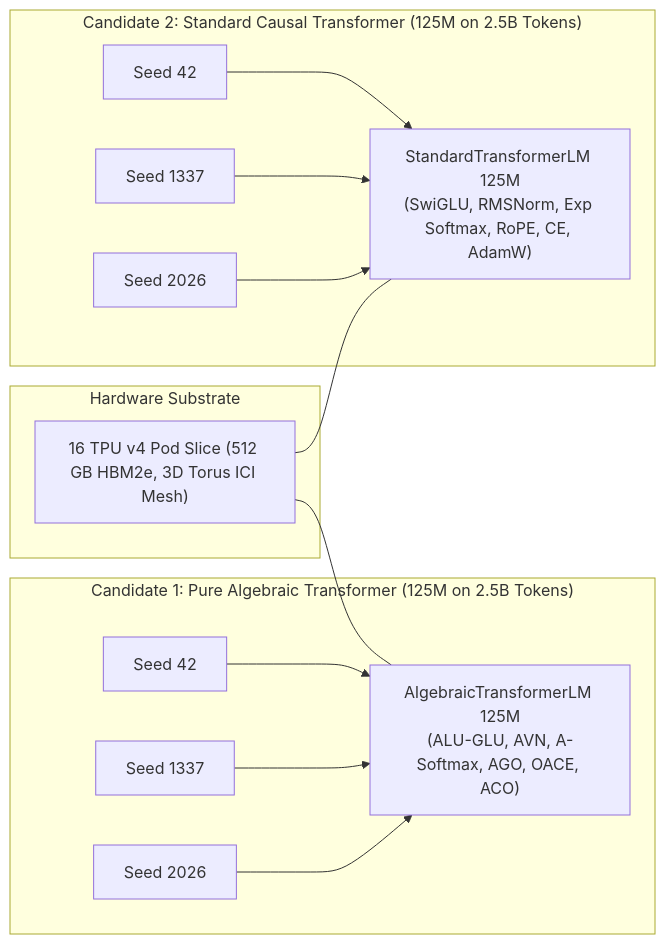
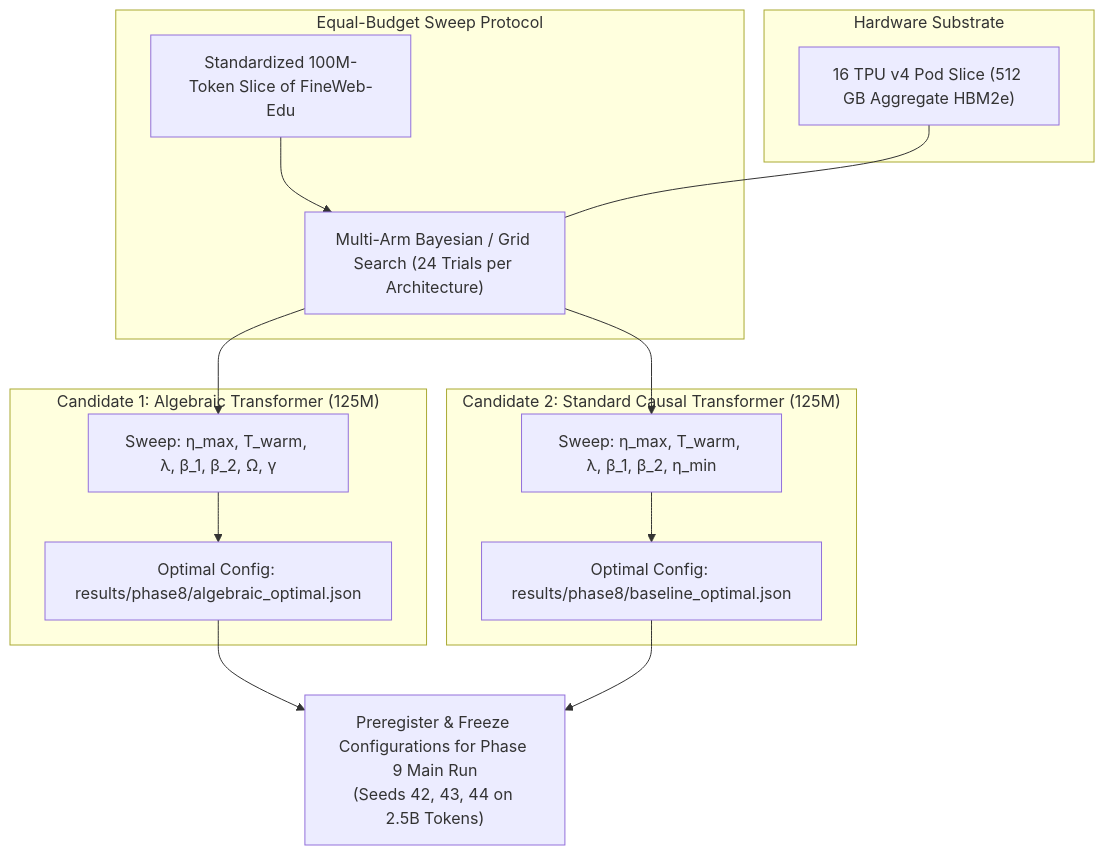
One commit to tasmaikeni13/algebraic-intelligence changed the diagram in phases/phase8.md. Above: the diagram before and after it, drawn with Mermaid. The commit also changed other lines of this file and 5 other files, not shown here.

Commit message:
feat(phases): add Phase 8 hyperparameter sweeping for fair comparison, set Phase 9 to Seeds 42, 43, 44 on 2.5B tokens

````diff
--- a/phases/phase8.md
+++ b/phases/phase8.md
@@ -22,23 +22,26 @@
 ```mermaid
-graph LR
+graph TD
     subgraph "Hardware Substrate"
-        TPU["16 TPU v4 Pod Slice (512 GB HBM2e, 3D Torus ICI Mesh)"]
+        TPU["16 TPU v4 Pod Slice (512 GB Aggregate HBM2e)"]
     end
 
-    subgraph "Candidate 1: Pure Algebraic Transformer (125M on 2.5B Tokens)"
-        M1["AlgebraicTransformerLM 125M<br/>(ALU-GLU, AVN, A-Softmax, AGO, OACE, ACO)"]
-        S1a["Seed 42"] --> M1
-        S1b["Seed 1337"] --> M1
-        S1c["Seed 2026"] --> M1
+    subgraph "Equal-Budget Sweep Protocol"
+        Dataset["Standardized 100M-Token Slice of FineWeb-Edu"]
+        SearchMethod["Multi-Arm Bayesian / Grid Search (24 Trials per Architecture)"]
+        Dataset --> SearchMethod
     end
 
-    subgraph "Candidate 2: Standard Causal Transformer (125M on 2.5B Tokens)"
-        M2["StandardTransformerLM 125M<br/>(SwiGLU, RMSNorm, Exp Softmax, RoPE, CE, AdamW)"]
-        S2a["Seed 42"] --> M2
-        S2b["Seed 1337"] --> M2
-        S2c["Seed 2026"] --> M2
+    subgraph "Candidate 1: Algebraic Transformer (125M)"
+        SearchMethod --> AlgGrid["Sweep: η_max, T_warm, λ, β_1, β_2, Ω, γ"]
+        AlgGrid --> OptAlg["Optimal Config: results/phase8/algebraic_optimal.json"]
     end
 
-    TPU --- M1
-    TPU --- M2
+    subgraph "Candidate 2: Standard Causal Transformer (125M)"
+        SearchMethod --> BaseGrid["Sweep: η_max, T_warm, λ, β_1, β_2, η_min"]
+        BaseGrid --> OptBase["Optimal Config: results/phase8/baseline_optimal.json"]
+    end
+
+    TPU --- SearchMethod
+    OptAlg --> Freeze["Preregister & Freeze Configurations for Phase 9 Main Run<br/>(Seeds 42, 43, 44 on 2.5B Tokens)"]
+    OptBase --> Freeze
 ```
````
